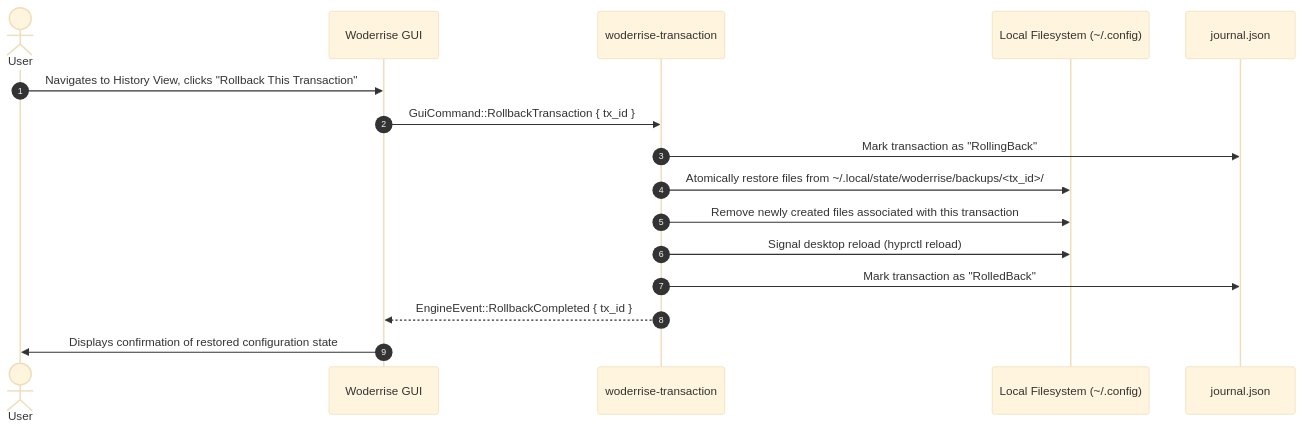
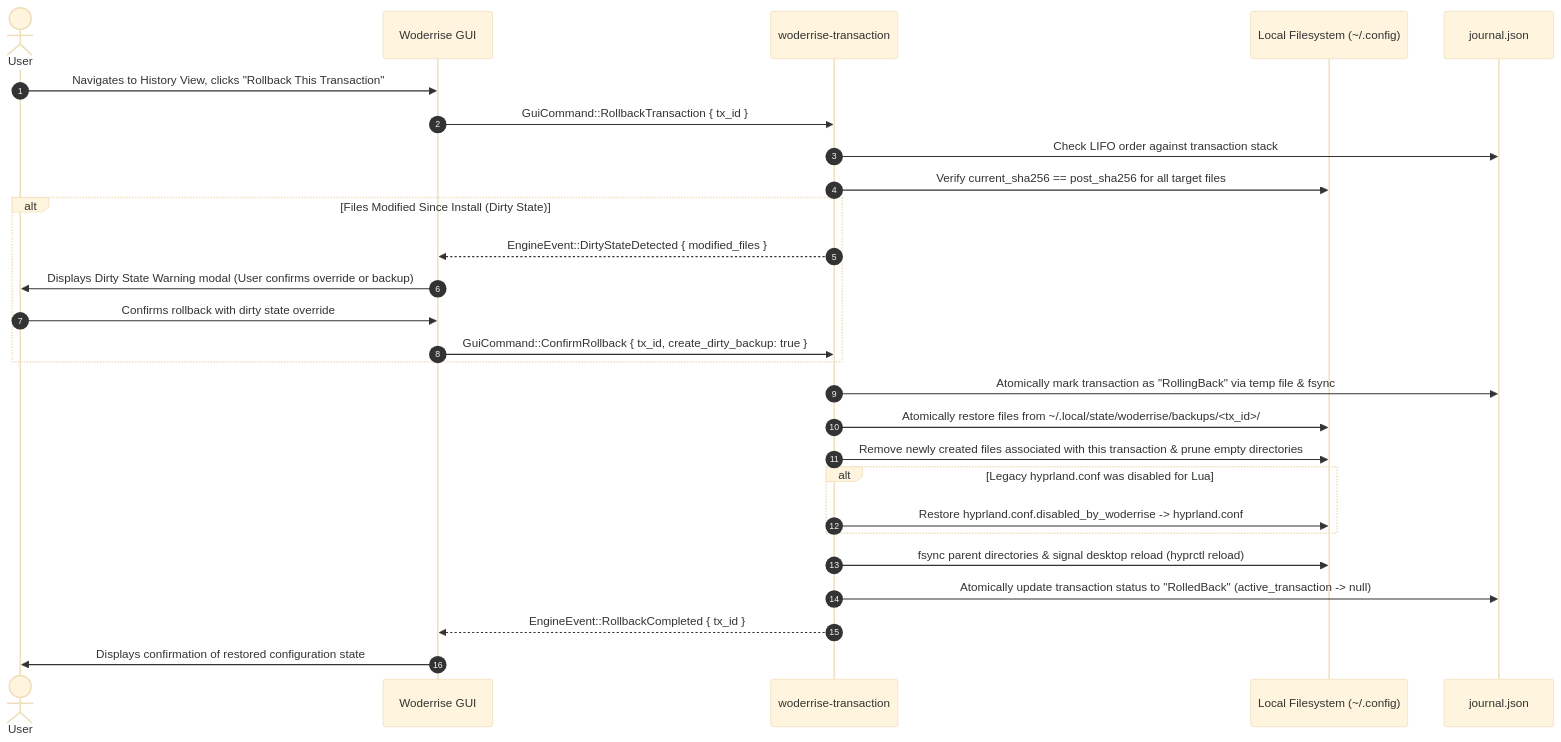
Before and after one commit to vijaygovindBiju/Woderrise: the fourth of 6 diagrams in docs/DESIGN_PROPOSAL.md, drawn with Mermaid (base theme). The commit also changed other lines of this file and 1 other file, not shown here.

Commit message:
docs: harden architecture with WAL, CDN blob fetching, and security sandboxing

````diff
--- a/docs/DESIGN_PROPOSAL.md
+++ b/docs/DESIGN_PROPOSAL.md
@@ -162,19 +180,30 @@
 ```mermaid
 sequenceDiagram
     autonumber
     actor User
     participant GUI as Woderrise GUI
     participant Tx as woderrise-transaction
     participant FS as Local Filesystem (~/.config)
     participant Journal as journal.json
 
     User->>GUI: Navigates to History View, clicks "Rollback This Transaction"
     GUI->>Tx: GuiCommand::RollbackTransaction { tx_id }
-    Tx->>Journal: Mark transaction as "RollingBack"
+    Tx->>Journal: Check LIFO order against transaction stack
+    Tx->>FS: Verify current_sha256 == post_sha256 for all target files
+    alt Files Modified Since Install (Dirty State)
+        Tx-->>GUI: EngineEvent::DirtyStateDetected { modified_files }
+        GUI->>User: Displays Dirty State Warning modal (User confirms override or backup)
+        User->>GUI: Confirms rollback with dirty state override
+        GUI->>Tx: GuiCommand::ConfirmRollback { tx_id, create_dirty_backup: true }
+    end
+    Tx->>Journal: Atomically mark transaction as "RollingBack" via temp file & fsync
     Tx->>FS: Atomically restore files from ~/.local/state/woderrise/backups/<tx_id>/
-    Tx->>FS: Remove newly created files associated with this transaction
-    Tx->>FS: Signal desktop reload (hyprctl reload)
-    Tx->>Journal: Mark transaction as "RolledBack"
+    Tx->>FS: Remove newly created files associated with this transaction & prune empty directories
+    alt Legacy hyprland.conf was disabled for Lua
+        Tx->>FS: Restore hyprland.conf.disabled_by_woderrise -> hyprland.conf
+    end
+    Tx->>FS: fsync parent directories & signal desktop reload (hyprctl reload)
+    Tx->>Journal: Atomically update transaction status to "RolledBack" (active_transaction -> null)
     Tx-->>GUI: EngineEvent::RollbackCompleted { tx_id }
     GUI->>User: Displays confirmation of restored configuration state
 ```
````
